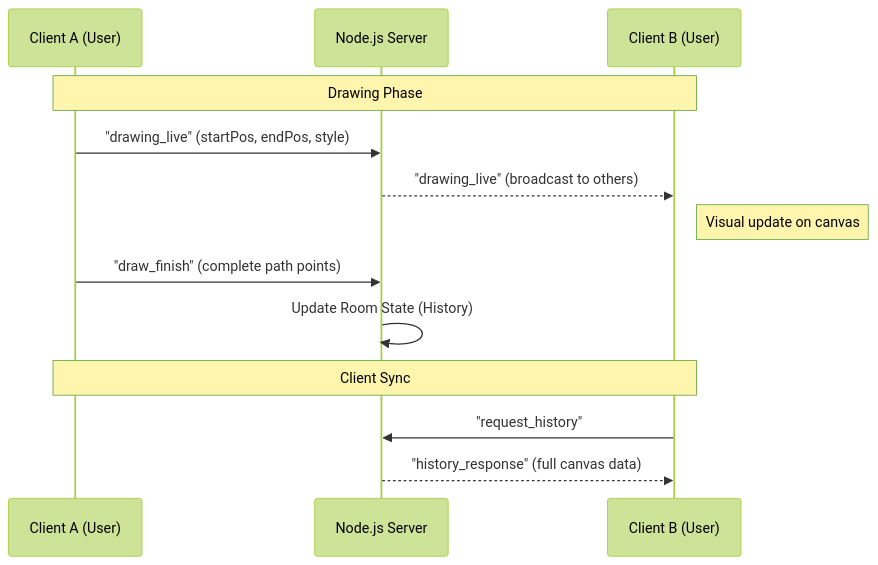
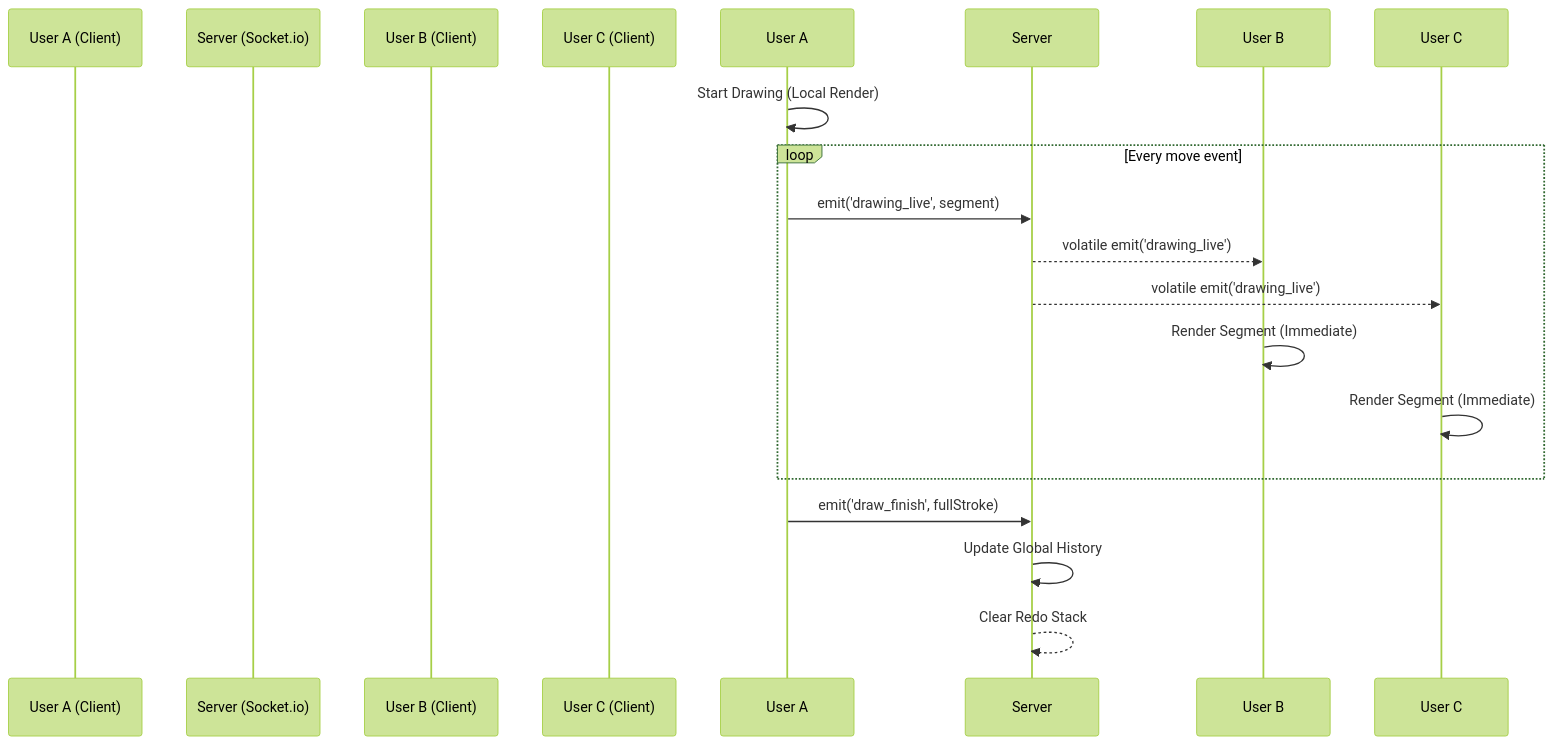
One commit to vignesh-programmer3269/Real-Time-Collaborative-Canvas changed the diagram in ARCHITECTURE.md. Above: the diagram before and after it, drawn with Mermaid (forest theme). The commit also changed other lines of this file and 2 other files, not shown here.

Commit message:
Refactor architecture documentation and update README for clarity and accuracy

````diff
--- a/ARCHITECTURE.md
+++ b/ARCHITECTURE.md
@@ -9,18 +25,19 @@
 ```mermaid
 sequenceDiagram
-    participant UserA as Client A (User)
-    participant Server as Node.js Server
-    participant UserB as Client B (User)
+    participant User A (Client)
+    participant Server (Socket.io)
+    participant User B (Client)
+    participant User C (Client)
 
-    Note over UserA, UserB: Drawing Phase
-    UserA->>Server: "drawing_live" (startPos, endPos, style)
-    Server-->>UserB: "drawing_live" (broadcast to others)
-    Note right of UserB: Visual update on canvas
-
-    UserA->>Server: "draw_finish" (complete path points)
-    Server->>Server: Update Room State (History)
-
-    Note over UserA, UserB: Client Sync
-    UserB->>Server: "request_history"
-    Server-->>UserB: "history_response" (full canvas data)
+    User A->>User A: Start Drawing (Local Render)
+    loop Every move event
+        User A->>Server: emit('drawing_live', segment)
+        Server-->>User B: volatile emit('drawing_live')
+        Server-->>User C: volatile emit('drawing_live')
+        User B->>User B: Render Segment (Immediate)
+        User C->>User C: Render Segment (Immediate)
+    end
+    User A->>Server: emit('draw_finish', fullStroke)
+    Server->>Server: Update Global History
+    Server-->>Server: Clear Redo Stack
 ```
````
